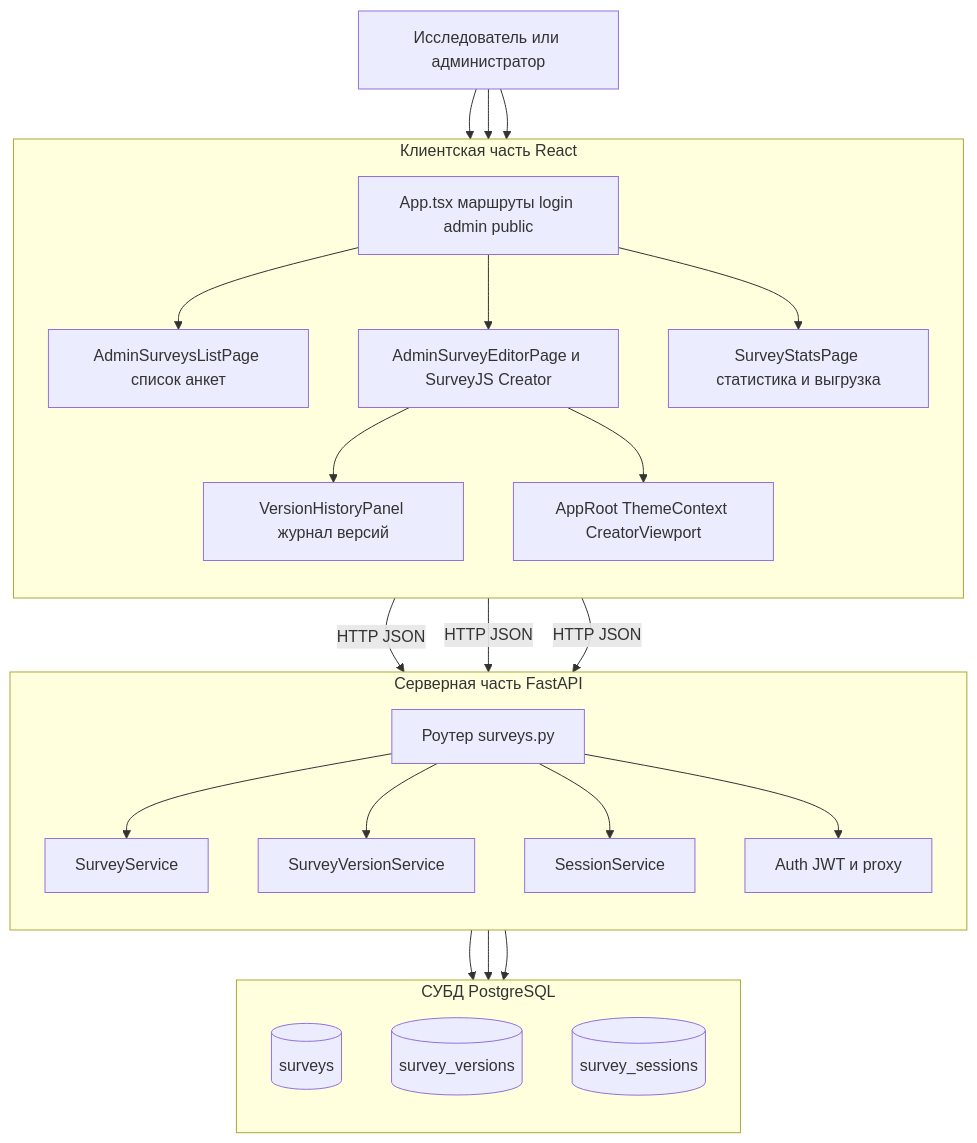
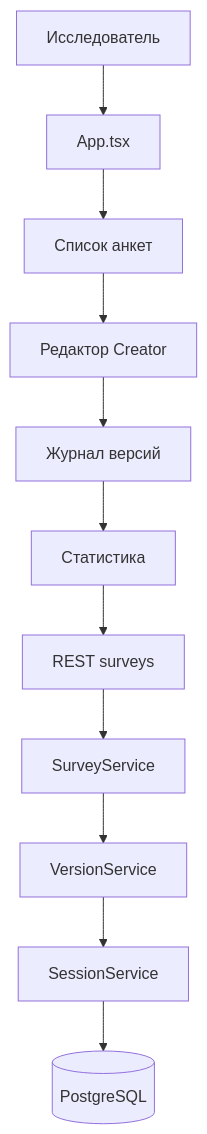
The third of 3 diagrams in docs/vkr-podsystema-konstruktor-anketirovaniya.md (sanya2905/survey-constructor-service), drawn with Mermaid before and after one commit. The commit also changed other lines of this file and 1 other file, not shown here.

Commit message:
docs: узкие одноколоночные схемы Mermaid под лист А4

````diff
--- a/docs/vkr-podsystema-konstruktor-anketirovaniya.md
+++ b/docs/vkr-podsystema-konstruktor-anketirovaniya.md
@@ -146,49 +130,16 @@
 ```mermaid
 flowchart TD
-    U[Исследователь или администратор]
+    U[Исследователь]
+    R[App.tsx]
+    L[Список анкет]
+    E[Редактор Creator]
+    V[Журнал версий]
+    St[Статистика]
+    API[REST surveys]
+    SV[SurveyService]
+    VER[VersionService]
+    Ses[SessionService]
+    DB[(PostgreSQL)]
 
-    subgraph KLIENT[Клиентская часть React]
-        direction TB
-        R[App.tsx маршруты login admin public]
-        L[AdminSurveysListPage список анкет]
-        E[AdminSurveyEditorPage и SurveyJS Creator]
-        V[VersionHistoryPanel журнал версий]
-        S[SurveyStatsPage статистика и выгрузка]
-        T[AppRoot ThemeContext CreatorViewport]
-        R --> L
-        R --> E
-        R --> S
-        E --> V
-        E --> T
-    end
-
-    subgraph SERVER[Серверная часть FastAPI]
-        direction TB
-        API[Роутер surveys.py]
-        SV[SurveyService]
-        VER[SurveyVersionService]
-        SES[SessionService]
-        AUTH[Auth JWT и proxy]
-        API --> SV
-        API --> VER
-        API --> SES
-        API --> AUTH
-    end
-
-    subgraph BD[СУБД PostgreSQL]
-        direction TB
-        T1[(surveys)]
-        T2[(survey_versions)]
-        T3[(survey_sessions)]
-    end
-
-    U --> L
-    U --> E
-    U --> S
-    L -->|HTTP JSON| API
-    E -->|HTTP JSON| API
-    S -->|HTTP JSON| API
-    SV --> T1
-    VER --> T2
-    SES --> T3
+    U --> R --> L --> E --> V --> St --> API --> SV --> VER --> Ses --> DB
 ```
````
